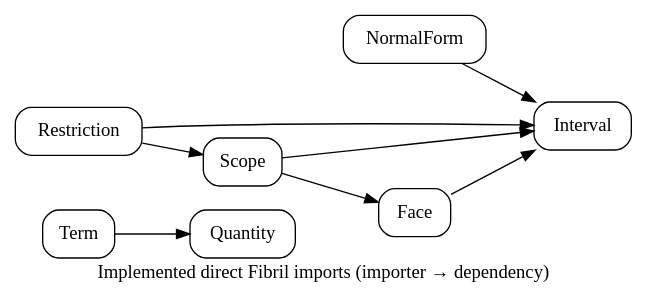
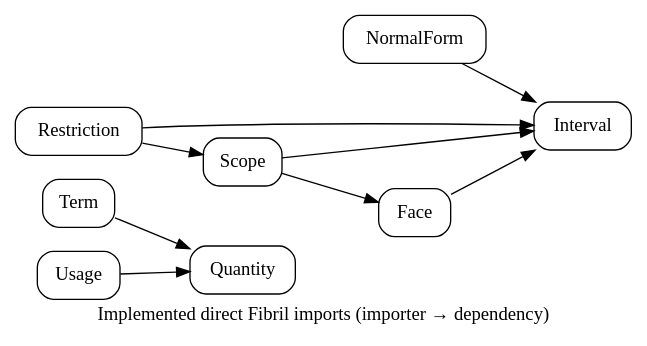
One commit to odunboye/fibril changed the diagram in docs/diagrams/modules.dot. Above: the diagram before and after it, drawn with Graphviz. The commit also changed 8 other files, not shown here.

```diff
--- a/docs/diagrams/modules.dot
+++ b/docs/diagrams/modules.dot
@@ -1,8 +1,8 @@
 digraph Modules {
 rankdir=LR; node [shape=box,style=rounded];
 Quantity; Interval; NormalForm; Face; Scope; Restriction; Term;
 NormalForm -> Interval; Face -> Interval;
 Scope -> {Interval Face}; Restriction -> {Interval Scope};
-Term -> Quantity;
+Term -> Quantity; Usage -> Quantity;
 label="Implemented direct Fibril imports (importer → dependency)";
 }
```
